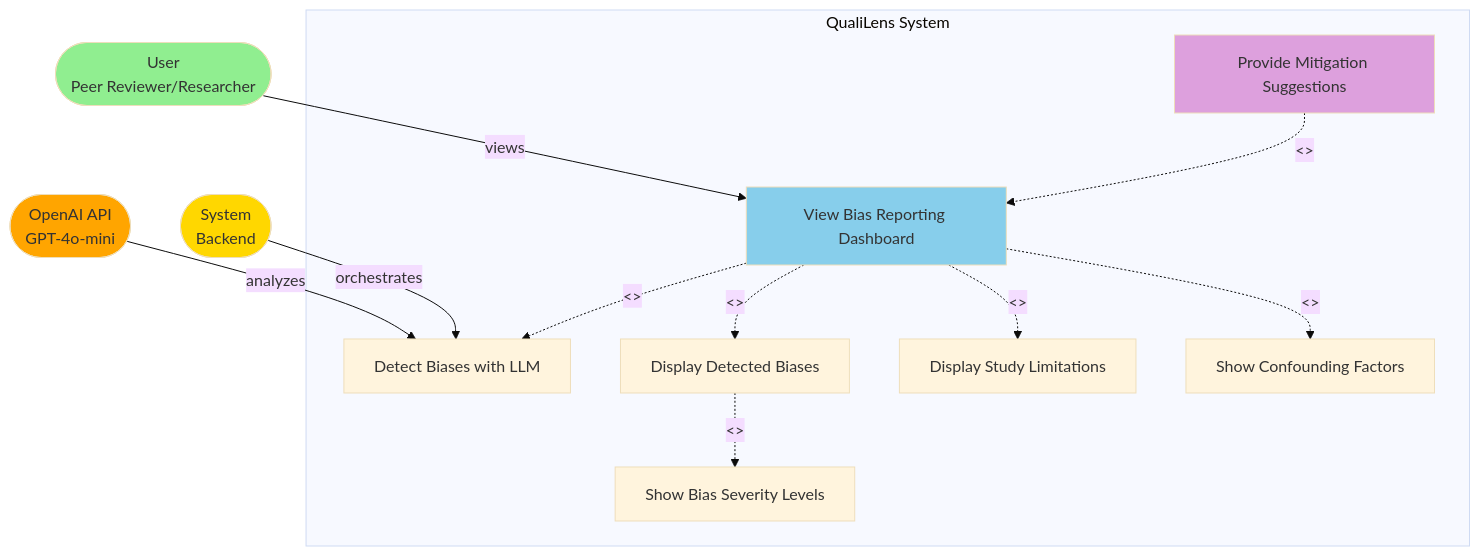
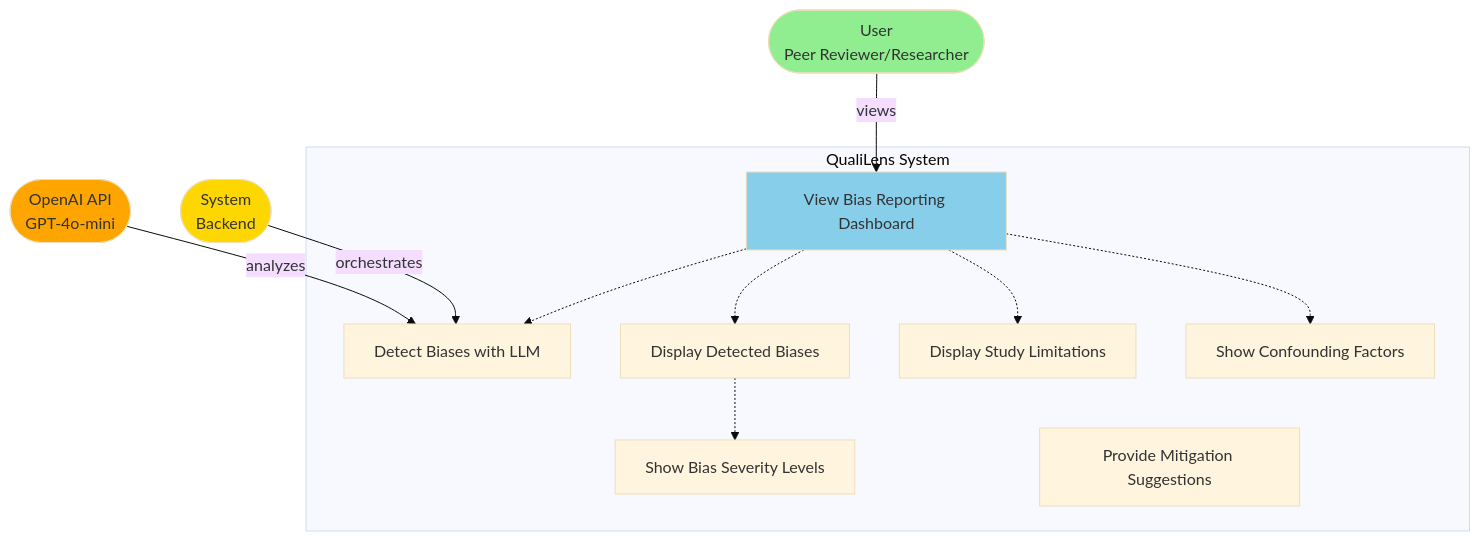
The fifth of 12 diagrams in docs/architecture/4_USE_CASE_DIAGRAM.md (giuliobarde/QualiLens), drawn with Mermaid (base theme) before and after one commit. The commit also changed other lines of this file and 5 other files, not shown here.

Commit message:
updated diagrams and requirements

````diff
--- a/docs/architecture/4_USE_CASE_DIAGRAM.md
+++ b/docs/architecture/4_USE_CASE_DIAGRAM.md
@@ -132,33 +118,31 @@
 ```mermaid
 graph TD
     User([User<br/>Peer Reviewer/Researcher])
     System([System<br/>Backend])
     OpenAI([OpenAI API<br/>GPT-4o-mini])
     
     subgraph "QualiLens System"
         UC05[View Bias Reporting Dashboard]
         UC05a[Detect Biases with LLM]
         UC05b[Display Detected Biases]
         UC05c[Show Bias Severity Levels]
         UC05d[Display Study Limitations]
         UC05e[Show Confounding Factors]
         UC05f[Provide Mitigation Suggestions]
         
-        UC05 -.->|<<include>>| UC05a
-        UC05 -.->|<<include>>| UC05b
-        UC05b -.->|<<include>>| UC05c
-        UC05 -.->|<<include>>| UC05d
-        UC05 -.->|<<include>>| UC05e
-        UC05f -.->|<<extend>>| UC05
+        UC05 -.-> UC05a
+        UC05 -.-> UC05b
+        UC05b -.-> UC05c
+        UC05 -.-> UC05d
+        UC05 -.-> UC05e
     end
     
     User -->|views| UC05
     System -->|orchestrates| UC05a
     OpenAI -->|analyzes| UC05a
     
     style User fill:#90EE90
     style System fill:#FFD700
     style OpenAI fill:#FFA500
     style UC05 fill:#87CEEB
-    style UC05f fill:#DDA0DD
 ```
````
